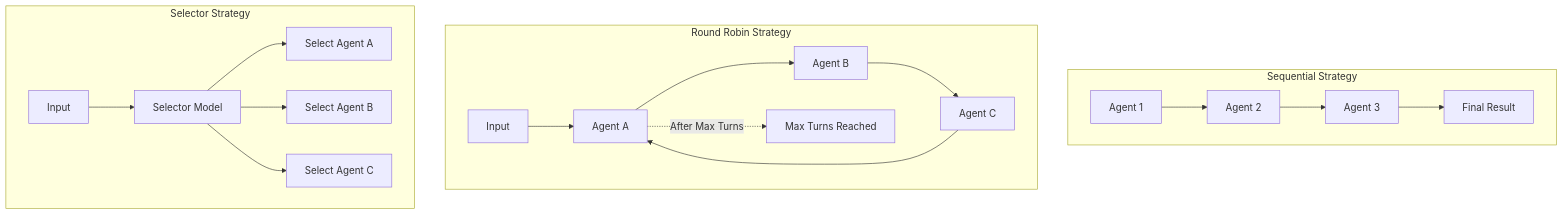
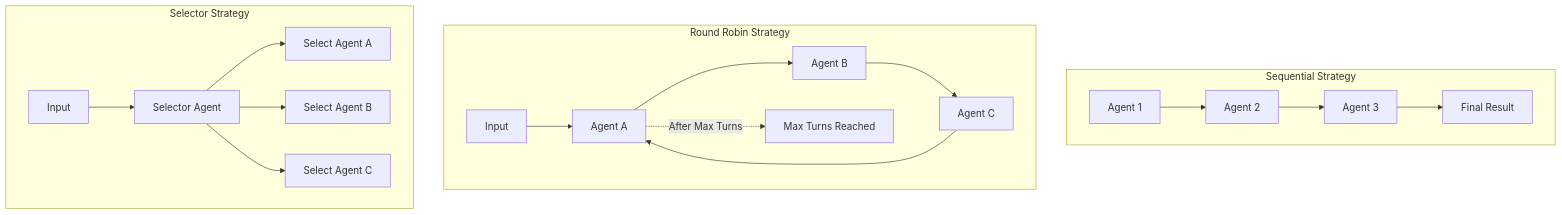
Before and after one commit to pkg-mck/agents-at-scale-ark: the diagram in docs/content/user-guide/samples/teams/team-strategies.mdx, drawn with Mermaid. The commit also changed other lines of this file and 18 other files, not shown here.

First line of the commit message:
feat: teams agent based selector strategy <- teams model based selector strategy (#270)

````diff
--- a/docs/content/user-guide/samples/teams/team-strategies.mdx
+++ b/docs/content/user-guide/samples/teams/team-strategies.mdx
@@ -6,23 +6,23 @@
 ```mermaid
 graph TD
     subgraph "Sequential Strategy"
         S1[Agent 1] --> S2[Agent 2]
         S2 --> S3[Agent 3]
         S3 --> SR[Final Result]
     end
 
     subgraph "Round Robin Strategy"
         RR_START[Input] --> RR1[Agent A]
         RR1 --> RR2[Agent B]
         RR2 --> RR3[Agent C]
         RR3 --> RR1
         RR1 -. "After Max Turns" .-> RR_END[Max Turns Reached]
     end
 
     subgraph "Selector Strategy"
-        SEL_INPUT[Input] --> SEL_MODEL[Selector Model]
-        SEL_MODEL --> SEL_A[Select Agent A]
-        SEL_MODEL --> SEL_B[Select Agent B]
-        SEL_MODEL --> SEL_C[Select Agent C]
+        SEL_INPUT[Input] --> SEL_AGENT[Selector Agent]
+        SEL_AGENT --> SEL_A[Select Agent A]
+        SEL_AGENT --> SEL_B[Select Agent B]
+        SEL_AGENT --> SEL_C[Select Agent C]
     end
 ```
````
